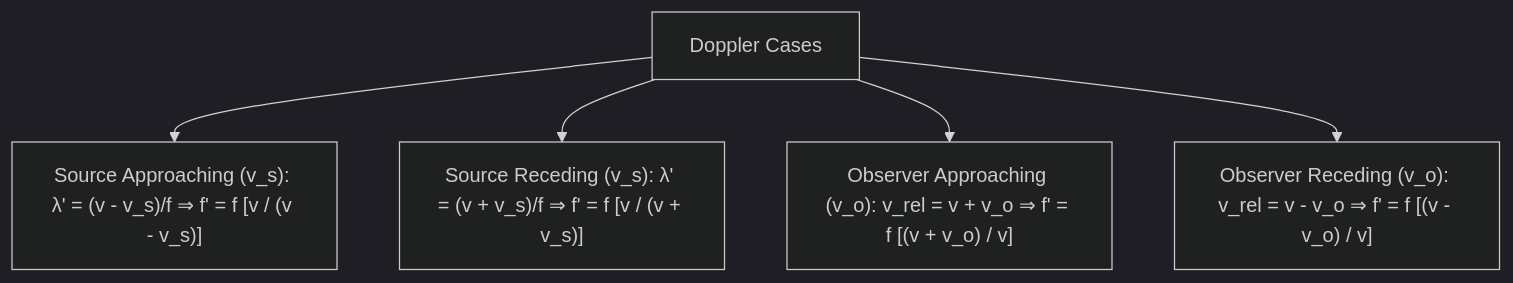
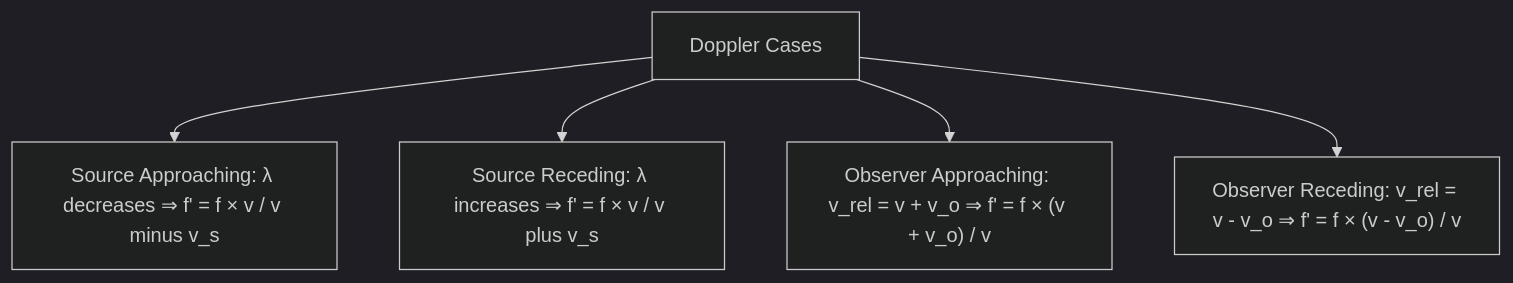
Before and after one commit to zenyyxz/Zen_dx-Notes: the sixth of 7 diagrams in 02 - Physics/Lesson 03 - Oscillations & Waves.md, drawn with Mermaid (dark theme). The commit also changed 13 other files, not shown here.

````diff
--- a/02 - Physics/Lesson 03 - Oscillations & Waves.md
+++ b/02 - Physics/Lesson 03 - Oscillations & Waves.md
@@ -260,7 +260,7 @@
 ```mermaid
 graph TD
-    DE["Doppler Cases"] --> S_App["Source Approaching (v_s): λ' = (v - v_s)/f ⇒ f' = f [v / (v - v_s)]"]
-    DE --> S_Rec["Source Receding (v_s): λ' = (v + v_s)/f ⇒ f' = f [v / (v + v_s)]"]
-    DE --> O_App["Observer Approaching (v_o): v_rel = v + v_o ⇒ f' = f [(v + v_o) / v]"]
-    DE --> O_Rec["Observer Receding (v_o): v_rel = v - v_o ⇒ f' = f [(v - v_o) / v]"]
+    DE["Doppler Cases"] --> S_App["Source Approaching: λ decreases ⇒ f' = f × v / v minus v_s"]
+    DE --> S_Rec["Source Receding: λ increases ⇒ f' = f × v / v plus v_s"]
+    DE --> O_App["Observer Approaching: v_rel = v + v_o ⇒ f' = f × (v + v_o) / v"]
+    DE --> O_Rec["Observer Receding: v_rel = v - v_o ⇒ f' = f × (v - v_o) / v"]
 ```
````
